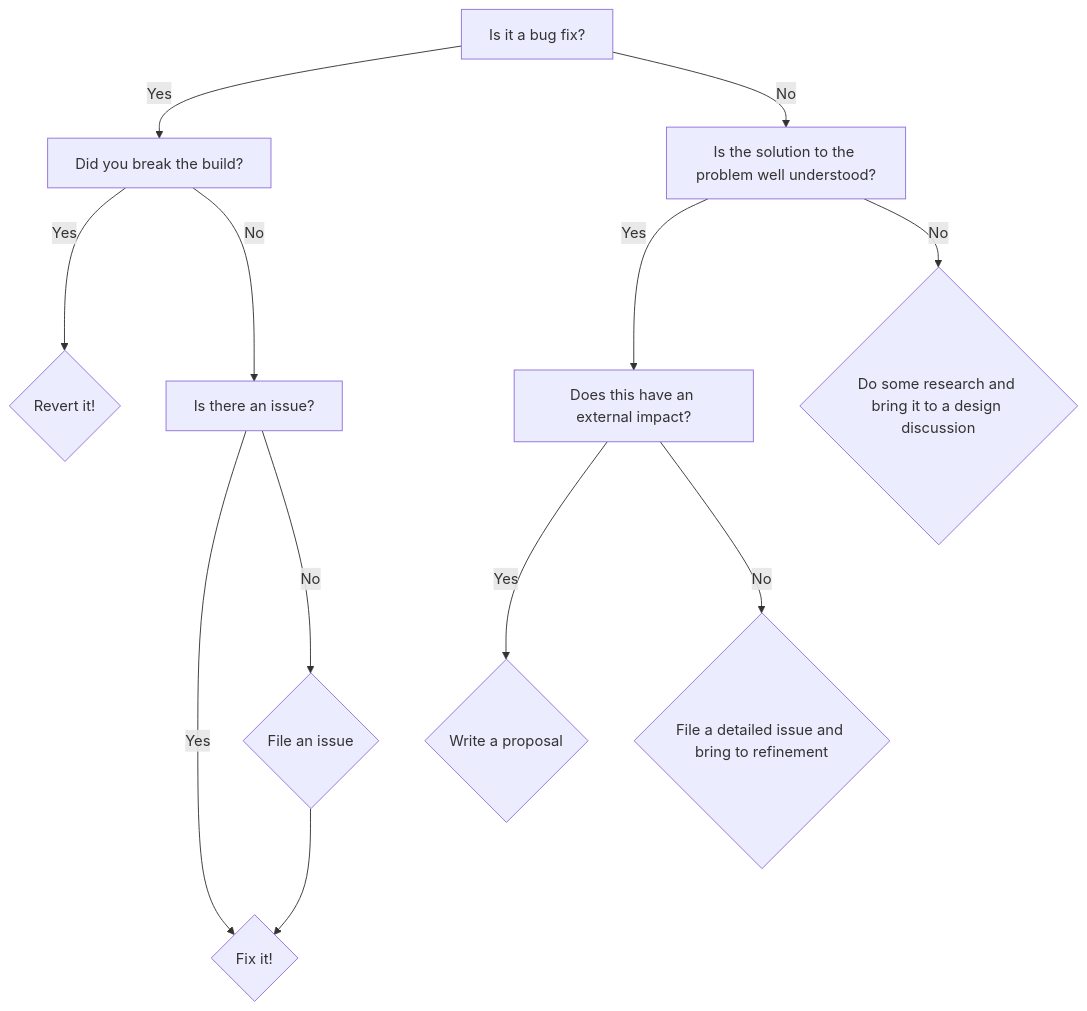
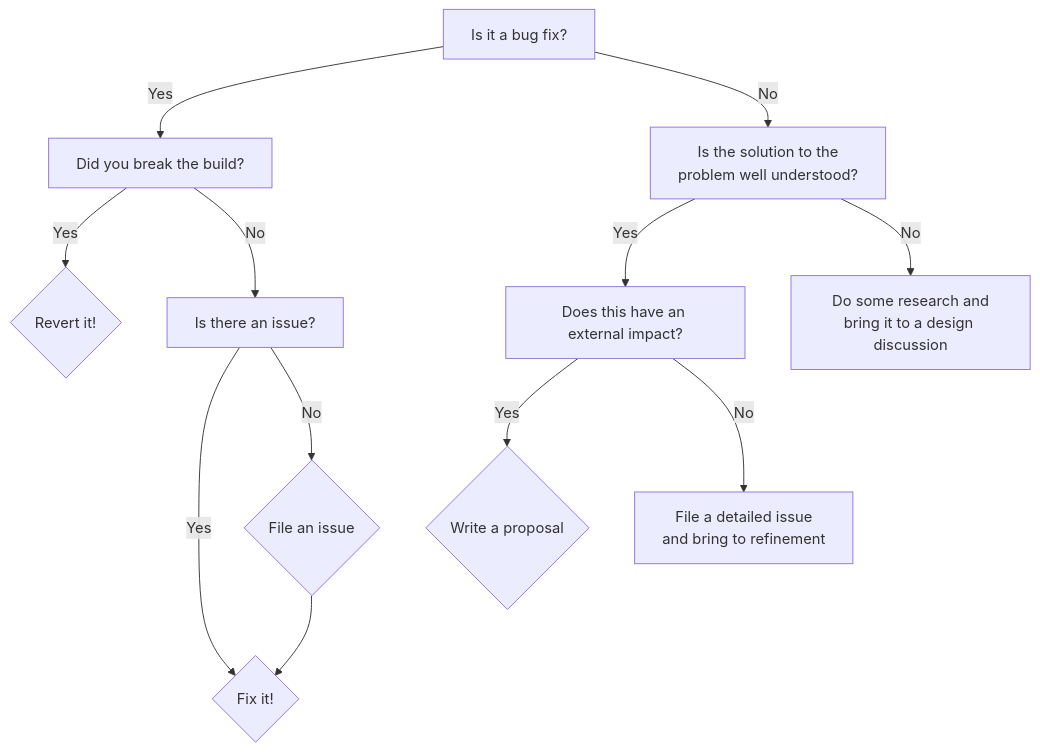
Before and after one commit to llvm-beanz/hlsl-specs: the diagram in docs/TeamWorkflow.md, drawn with Mermaid.

Commit message:
Fix mermaid diagram

````diff
--- a/docs/TeamWorkflow.md
+++ b/docs/TeamWorkflow.md
@@ -51,14 +51,17 @@
 ```mermaid
 flowchart TD
 Start[Is it a bug fix?] --> |Yes| Break[Did you break the build?]
 Break --> |Yes| Revert{Revert it!}
 Break --> |No| Issue[Is there an issue?]
 Issue --> |Yes|Fix{Fix it!}
 Issue --> |No| FileIssue{File an issue}
 FileIssue --> Fix
-Start --> |No| Understand[Is the solution to the problem well understood?]
+Start --> |No| Understand["`Is the solution to the
+                          problem well understood?`"]
 Understand --> |Yes| External[Does this have an external impact?]
 External --> |Yes| Proposal{Write a proposal}
-External --> |No| DetailedIssue{File a detailed issue and bring to refinement}
-Understand --> |No| Research{Do some research and bring it to a design discussion}
+External --> |No| DetailedIssue["`File a detailed issue
+                                and bring to refinement`"]
+Understand --> |No| Research["`Do some research and
+                             bring it to a design discussion`"]
 ```
````
